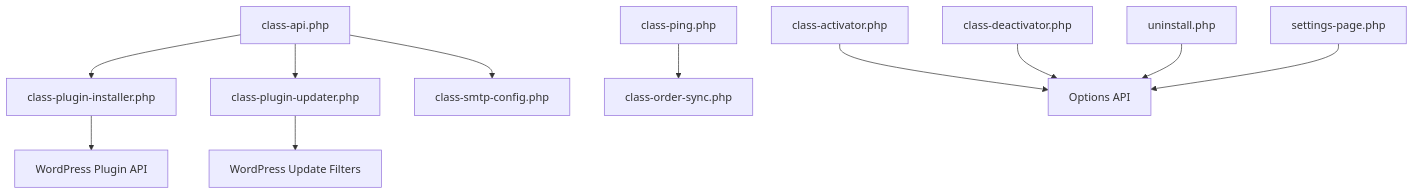
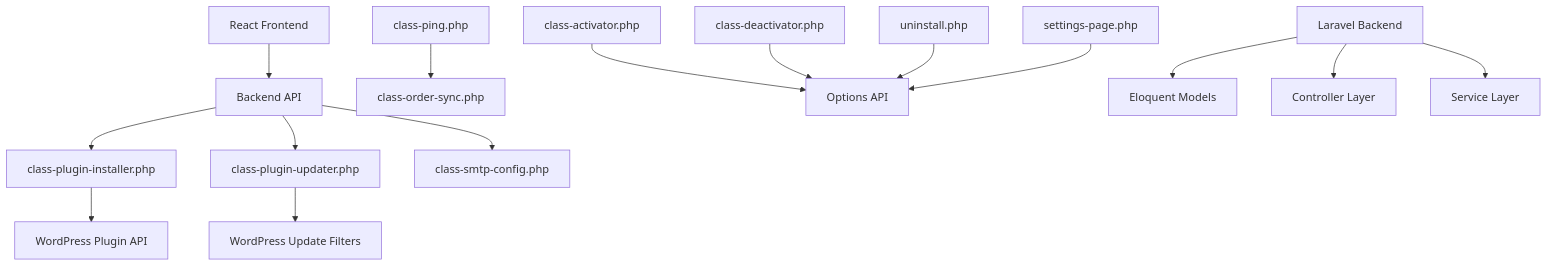
The eighth of 8 diagrams in .qoder/repowiki/en/content/WordPress Agent Integration/Plugin Management System.md (FCS-WP/website_portal), drawn with Mermaid before and after one commit. The commit also changed other lines of this file and 89 other files, not shown here.

````diff
--- a/.qoder/repowiki/en/content/WordPress Agent Integration/Plugin Management System.md
+++ b/.qoder/repowiki/en/content/WordPress Agent Integration/Plugin Management System.md
@@ -306,13 +469,17 @@
 ```mermaid
 graph TB
 API["class-api.php"] --> PI["class-plugin-installer.php"]
 API --> PU["class-plugin-updater.php"]
 API --> SC["class-smtp-config.php"]
 PI --> WPAPI["WordPress Plugin API"]
 PU --> WPUpdate["WordPress Update Filters"]
 PING["class-ping.php"] --> ORD["class-order-sync.php"]
 ACT["class-activator.php"] --> OPT["Options API"]
 DEACT["class-deactivator.php"] --> OPT
 UNINST["uninstall.php"] --> OPT
 SET["settings-page.php"] --> OPT
+Backend["Laravel Backend"] --> Models["Eloquent Models"]
+Backend --> Controllers["Controller Layer"]
+Backend --> Services["Service Layer"]
+Frontend["React Frontend"] --> API["Backend API"]
 ```
````
